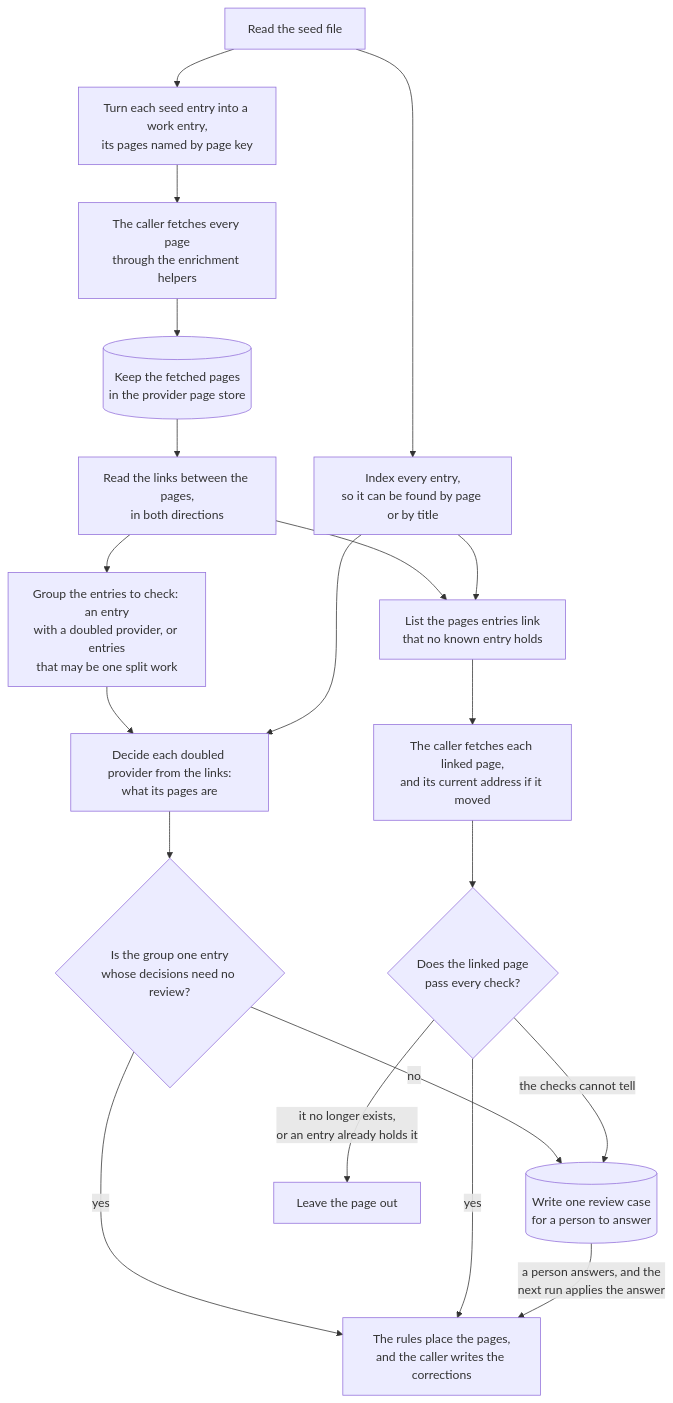
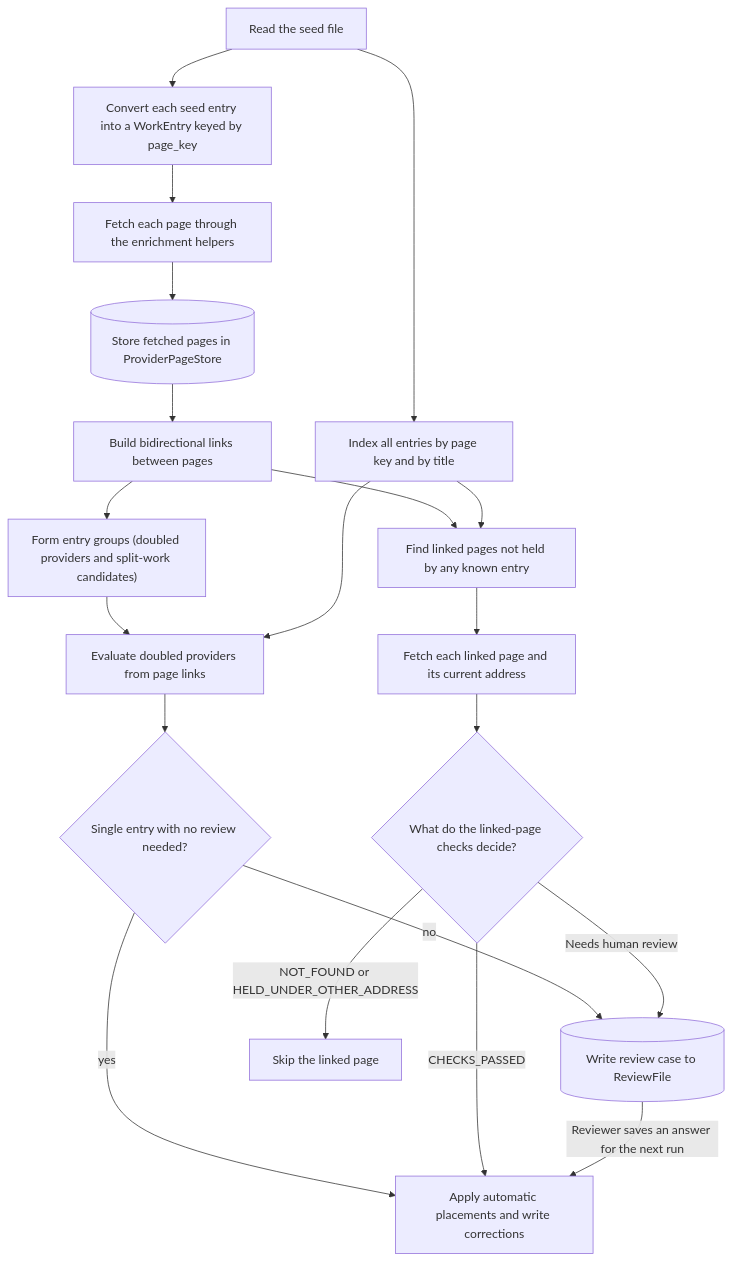
One commit to adnanaq/echora changed the first of 5 diagrams in libs/work_matching/README.md. Above: the diagram before and after it, drawn with Mermaid. The commit also changed other lines of this file and 185 other files, not shown here.

First line of the commit message:
feat(ECHO-79): Let an "other work" answer name the seed entry the page moves to (#64)

````diff
--- a/libs/work_matching/README.md
+++ b/libs/work_matching/README.md
@@ -96,22 +95,22 @@
 ```mermaid
 flowchart TD
-    seed[Read the seed file] --> entries[Turn each seed entry into a work entry,<br/>its pages named by page key]
-    seed --> known[Index every entry,<br/>so it can be found by page or by title]
-    entries --> fetch[The caller fetches every page<br/>through the enrichment helpers]
-    fetch --> store[(Keep the fetched pages<br/>in the provider page store)]
-    store --> links[Read the links between the pages,<br/>in both directions]
-    links --> groups[Group the entries to check: an entry<br/>with a doubled provider, or entries<br/>that may be one split work]
-    groups --> doubled[Decide each doubled provider from the links:<br/>what its pages are]
+    seed["Read the seed file"] --> entries["Convert each seed entry into a WorkEntry keyed by page_key"]
+    seed --> known["Index all entries by page key and by title"]
+    entries --> fetch["Fetch each page through the enrichment helpers"]
+    fetch --> store[("Store fetched pages in ProviderPageStore")]
+    store --> links["Build bidirectional links between pages"]
+    links --> groups["Form entry groups (doubled providers and split-work candidates)"]
+    groups --> doubled["Evaluate doubled providers from page links"]
     known --> doubled
-    doubled --> settled{Is the group one entry<br/>whose decisions need no review?}
-    settled -- yes --> apply[The rules place the pages,<br/>and the caller writes the corrections]
-    settled -- no --> review[(Write one review case<br/>for a person to answer)]
-    links --> unheld[List the pages entries link<br/>that no known entry holds]
+    doubled --> settled{"Single entry with no review needed?"}
+    settled -- "yes" --> apply["Apply automatic placements and write corrections"]
+    settled -- "no" --> review[("Write review case to ReviewFile")]
+    links --> unheld["Find linked pages not held by any known entry"]
     known --> unheld
-    unheld --> fetch_linked[The caller fetches each linked page,<br/>and its current address if it moved]
-    fetch_linked --> linked{Does the linked page<br/>pass every check?}
-    linked -- yes --> apply
-    linked -- "it no longer exists,<br/>or an entry already holds it" --> skipped[Leave the page out]
-    linked -- "the checks cannot tell" --> review
-    review -- "a person answers, and the<br/>next run applies the answer" --> apply
+    unheld --> fetch_linked["Fetch each linked page and its current address"]
+    fetch_linked --> linked{"What do the linked-page checks decide?"}
+    linked -- "CHECKS_PASSED" --> apply
+    linked -- "NOT_FOUND or HELD_UNDER_OTHER_ADDRESS" --> skipped["Skip the linked page"]
+    linked -- "Needs human review" --> review
+    review -- "Reviewer saves an answer for the next run" --> apply
 ```
````
